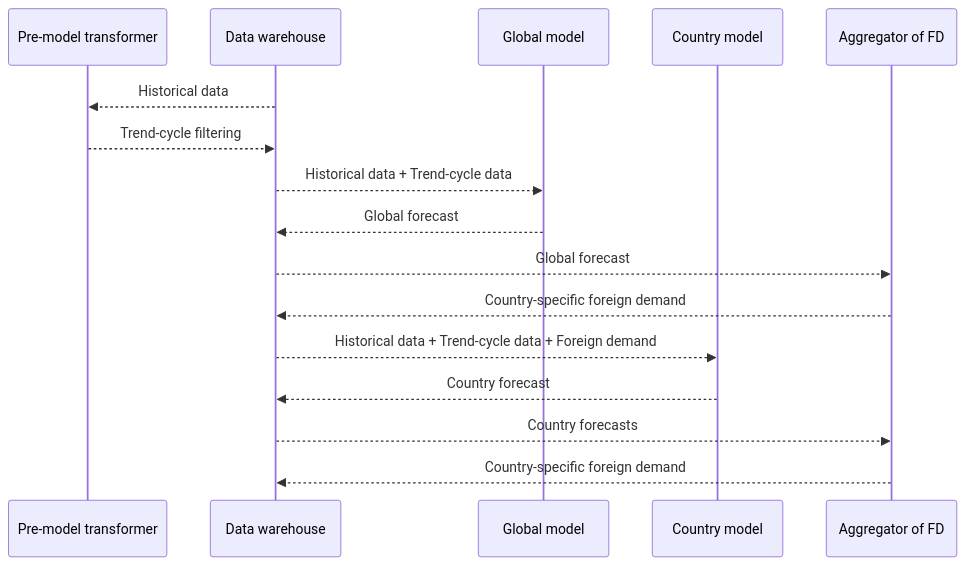
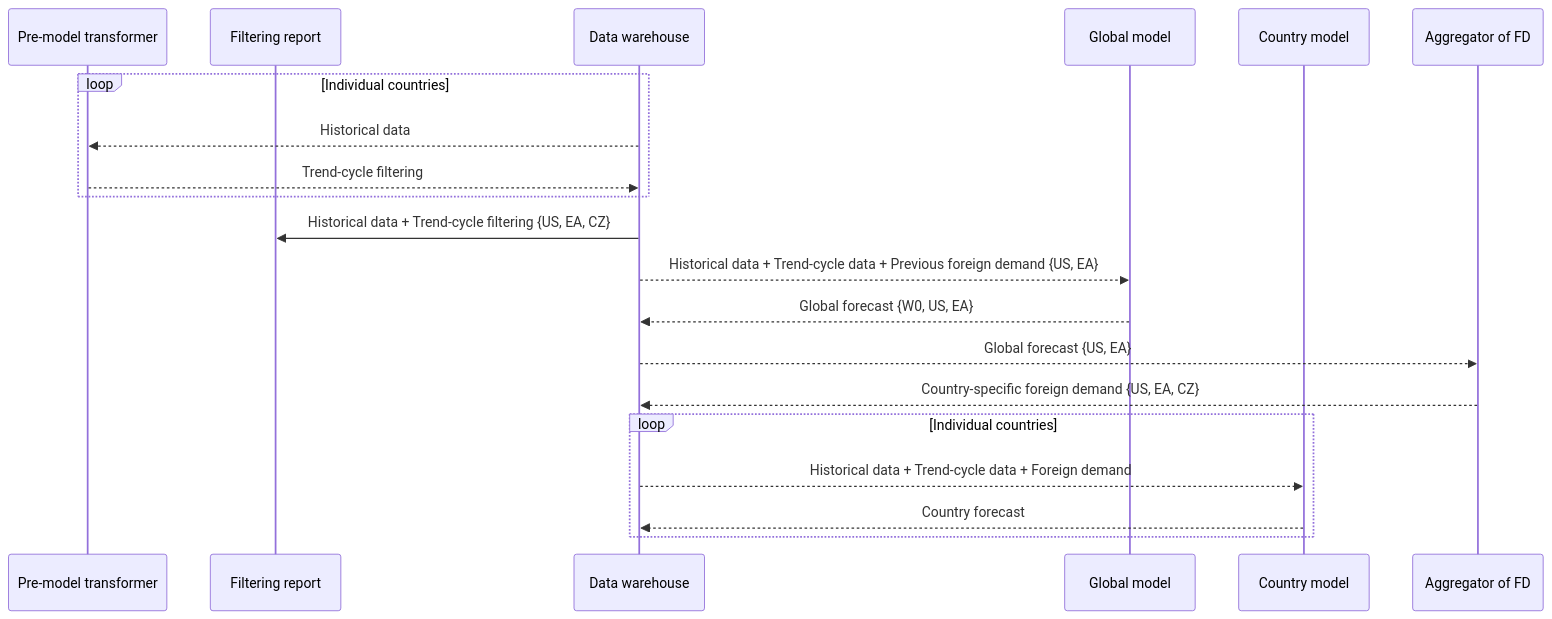
The diagram in big-picture-forecast.md (OGR-EIU/docs-workflows), drawn with Mermaid before and after one commit.

````diff
--- a/big-picture-forecast.md
+++ b/big-picture-forecast.md
@@ -4,23 +4,27 @@
 ```mermaid
 sequenceDiagram
     participant PREM as Pre-model transformer
+    participant REPF as Filtering report
     participant DWH as Data warehouse
     participant GLOB as Global model
     participant CTRY as Country model
     participant AGGR as Aggregator of FD
 
-    DWH -->> PREM: Historical data
-    PREM -->> DWH: Trend-cycle filtering
+    loop Individual countries
+        DWH -->> PREM: Historical data
+        PREM -->> DWH: Trend-cycle filtering
+    end
 
-    DWH -->> GLOB: Historical data + Trend-cycle data
-    GLOB -->> DWH: Global forecast
+    DWH ->> REPF: Historical data + Trend-cycle filtering {US, EA, CZ}
 
-    DWH -->> AGGR: Global forecast
-    AGGR -->> DWH: Country-specific foreign demand
+    DWH -->> GLOB: Historical data + Trend-cycle data + Previous foreign demand {US, EA}
+    GLOB -->> DWH: Global forecast {W0, US, EA}
 
-    DWH -->> CTRY: Historical data + Trend-cycle data + Foreign demand
-    CTRY -->> DWH: Country forecast
+    DWH -->> AGGR: Global forecast {US, EA}
+    AGGR -->> DWH: Country-specific foreign demand {US, EA, CZ}
 
-    DWH -->> AGGR: Country forecasts
-    AGGR -->> DWH: Country-specific foreign demand
+    loop Individual countries
+        DWH -->> CTRY: Historical data + Trend-cycle data + Foreign demand
+        CTRY -->> DWH: Country forecast
+    end
 ```
````
